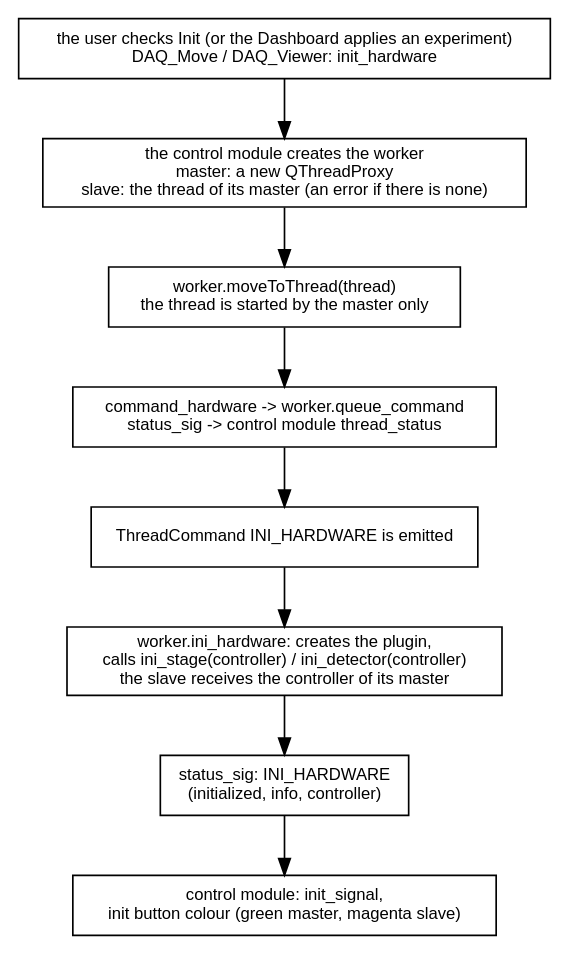
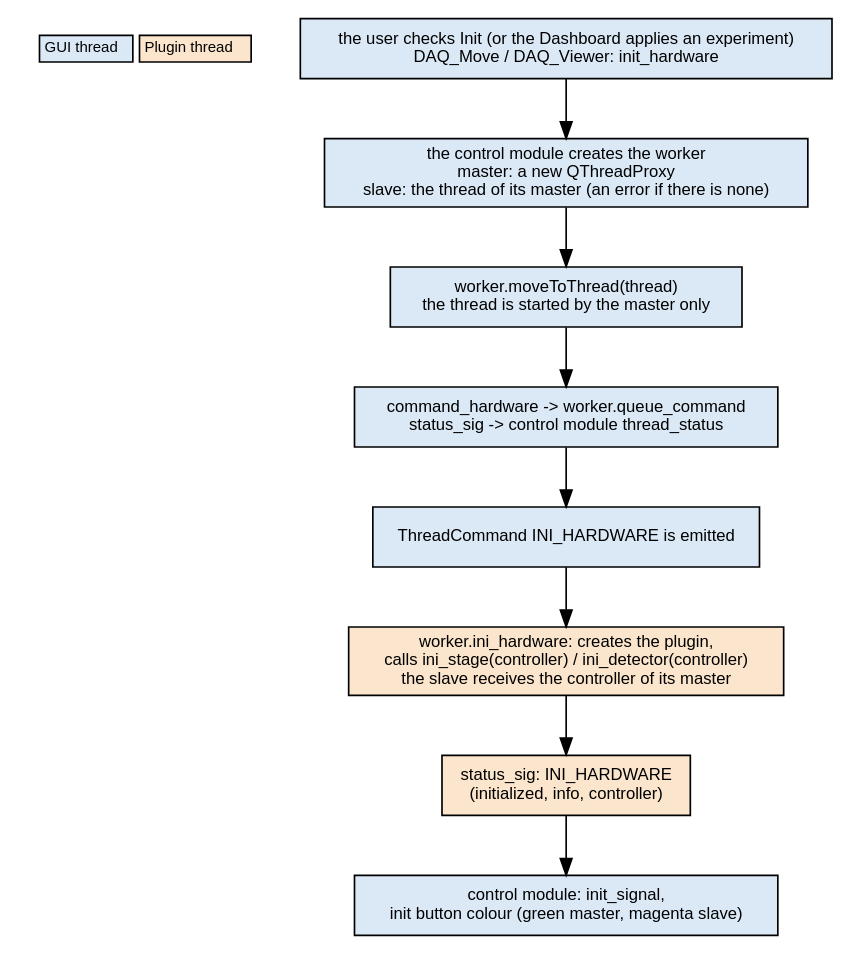
Before and after one commit to PyMoDAQ/PyMoDAQ: the second of 4 diagrams in docs/src/developer_folder/plugin_workflow.rst, drawn with Graphviz. The commit also changed other lines of this file, not shown here.

First line of the commit message:
Use the GUI/plugin thread colours in all diagrams of the plugin workflow page

```diff
--- a/docs/src/developer_folder/plugin_workflow.rst
+++ b/docs/src/developer_folder/plugin_workflow.rst
@@ -54,15 +54,17 @@
 .. graphviz::
    :caption: Initialization of an instrument, with a master and a slave
 
    digraph init {
-     rankdir=TB; node [shape=box, fontname="Helvetica", fontsize=10];
+     rankdir=TB; node [shape=box, style=filled, fillcolor="#dbe9f6", fontname="Helvetica", fontsize=10];
+     key [shape=plaintext, style=solid, fontsize=9, label=<<table border="0" cellborder="1" cellspacing="4"><tr><td bgcolor="#dbe9f6">GUI thread</td><td bgcolor="#fbe5cc">Plugin thread</td></tr></table>>];
+     f [fillcolor="#fbe5cc"]; g [fillcolor="#fbe5cc"];
      a [label="the user checks Init (or the Dashboard applies an experiment)\nDAQ_Move / DAQ_Viewer: init_hardware"];
      b [label="the control module creates the worker\nmaster: a new QThreadProxy\nslave: the thread of its master (an error if there is none)"];
      c [label="worker.moveToThread(thread)\nthe thread is started by the master only"];
      d [label="command_hardware -> worker.queue_command\nstatus_sig -> control module thread_status"];
      e [label="ThreadCommand INI_HARDWARE is emitted"];
      f [label="worker.ini_hardware: creates the plugin,\ncalls ini_stage(controller) / ini_detector(controller)\nthe slave receives the controller of its master"];
      g [label="status_sig: INI_HARDWARE\n(initialized, info, controller)"];
      h [label="control module: init_signal,\ninit button colour (green master, magenta slave)"];
      a -> b -> c -> d -> e -> f -> g -> h;
    }
```
